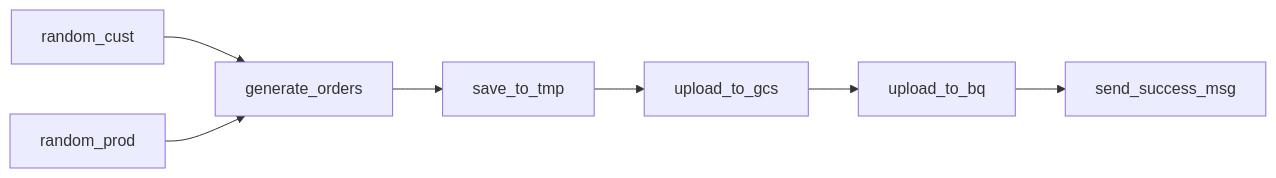
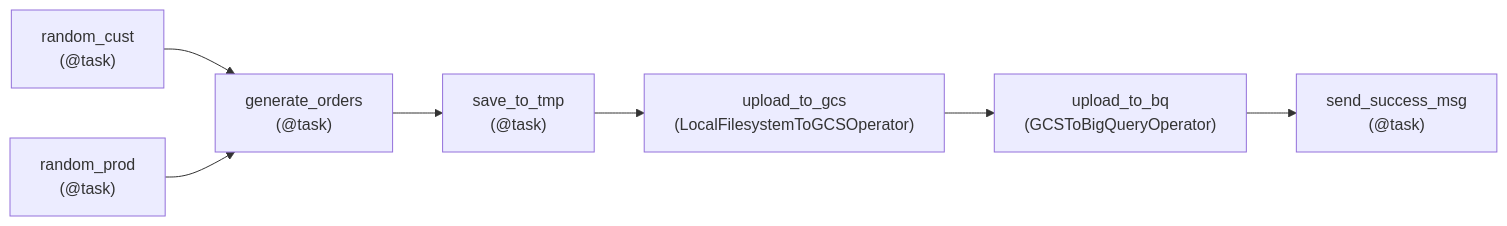
Before and after one commit to candychen00/faker-ecom-project__airflow_dbt: the fifth of 5 diagrams in airflow/README.md, drawn with Mermaid. The commit also changed other lines of this file, not shown here.

````diff
--- a/airflow/README.md
+++ b/airflow/README.md
@@ -218,9 +218,9 @@
 ```mermaid
 flowchart LR
-    A[random_cust] --> C[generate_orders]
-    B[random_prod] --> C
-    C --> D[save_to_tmp]
-    D --> E[upload_to_gcs]
-    E --> F[upload_to_bq]
-    F --> G[send_success_msg]
+    A["random_cust<br>(@task)"] --> C["generate_orders<br>(@task)"]
+    B["random_prod<br>(@task)"] --> C
+    C --> D["save_to_tmp<br>(@task)"]
+    D --> E["upload_to_gcs<br>(LocalFilesystemToGCSOperator)"]
+    E --> F["upload_to_bq<br>(GCSToBigQueryOperator)"]
+    F --> G["send_success_msg<br>(@task)"]
 ```
````
